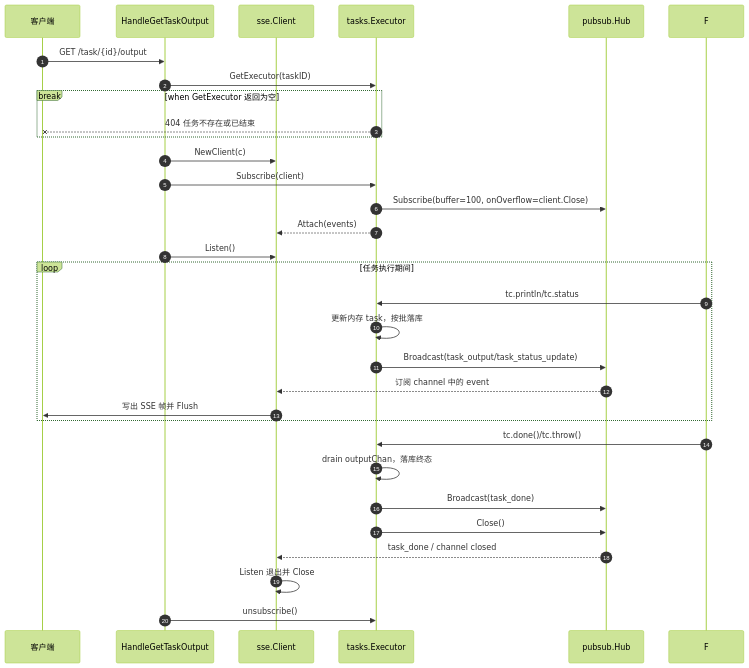
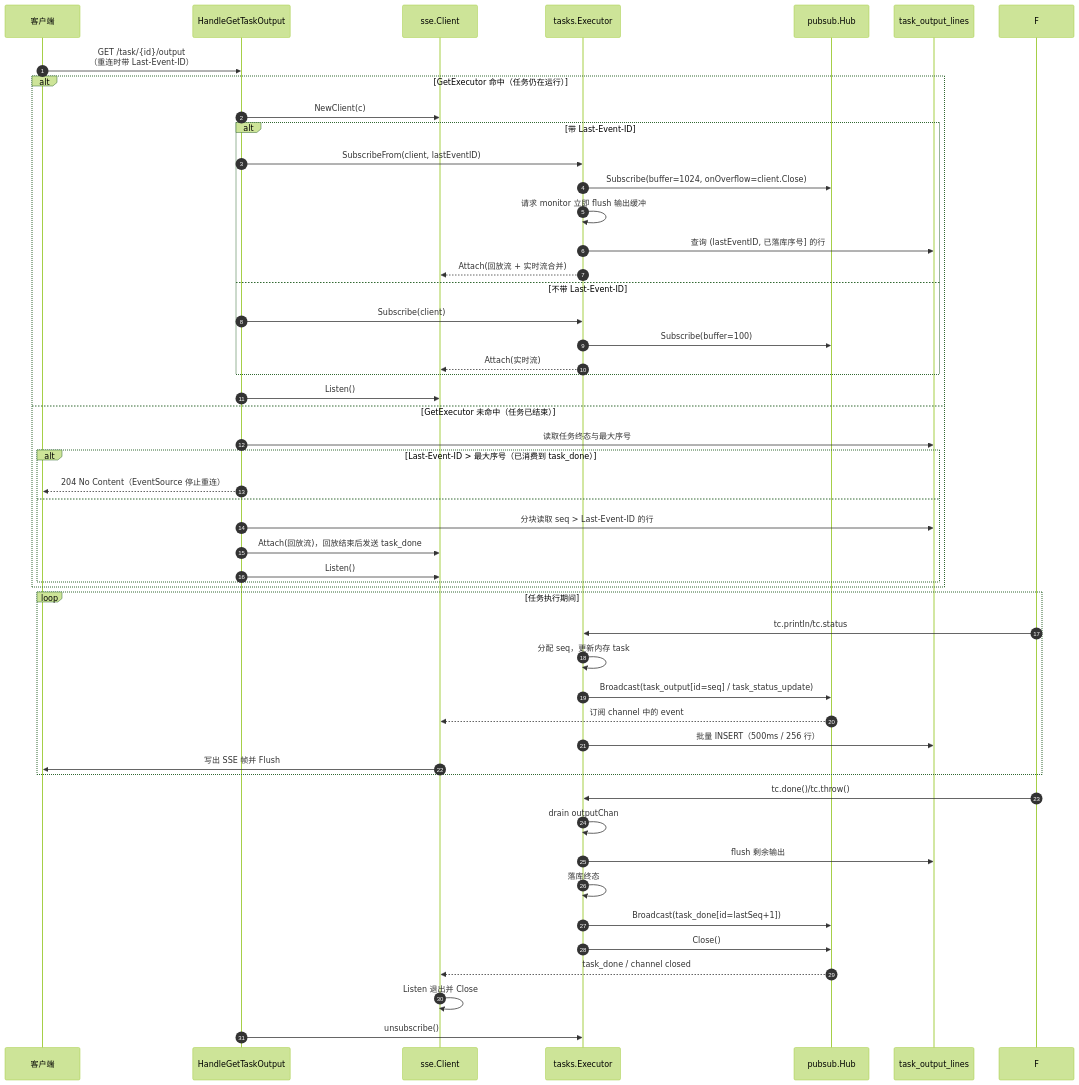
One commit to Subilan/go-aliyunmc changed the diagram in docs/sse-lifecycle.md. Above: the diagram before and after it, drawn with Mermaid (forest theme). The commit also changed other lines of this file and 10 other files, not shown here.

Commit message:
refactor: incremental output records; Last-Event-Id support

````diff
--- a/docs/sse-lifecycle.md
+++ b/docs/sse-lifecycle.md
@@ -5,37 +5,56 @@
 ```mermaid
 sequenceDiagram
     autonumber
     participant C as 客户端
     participant H as HandleGetTaskOutput
     participant CL as sse.Client
     participant E as tasks.Executor
     participant B as pubsub.Hub
+    participant DB as task_output_lines
     participant F
 
-    C->>H: GET /task/{id}/output
-    H->>E: GetExecutor(taskID)
-    break when GetExecutor 返回为空
-        E--xC: 404 任务不存在或已结束
+    C->>H: GET /task/{id}/output<br/>（重连时带 Last-Event-ID）
+    alt GetExecutor 命中（任务仍在运行）
+        H->>CL: NewClient(c)
+        alt 带 Last-Event-ID
+            H->>E: SubscribeFrom(client, lastEventID)
+            E->>B: Subscribe(buffer=1024, onOverflow=client.Close)
+            E->>E: 请求 monitor 立即 flush 输出缓冲
+            E->>DB: 查询 (lastEventID, 已落库序号] 的行
+            E-->>CL: Attach(回放流 + 实时流合并)
+        else 不带 Last-Event-ID
+            H->>E: Subscribe(client)
+            E->>B: Subscribe(buffer=100)
+            E-->>CL: Attach(实时流)
+        end
+        H->>CL: Listen()
+    else GetExecutor 未命中（任务已结束）
+        H->>DB: 读取任务终态与最大序号
+        alt Last-Event-ID > 最大序号（已消费到 task_done）
+            H-->>C: 204 No Content（EventSource 停止重连）
+        else
+            H->>DB: 分块读取 seq > Last-Event-ID 的行
+            H->>CL: Attach(回放流)，回放结束后发送 task_done
+            H->>CL: Listen()
+        end
     end
-    H->>CL: NewClient(c)
-    H->>E: Subscribe(client)
-    E->>B: Subscribe(buffer=100, onOverflow=client.Close)
-    E-->>CL: Attach(events)
-    H->>CL: Listen()
 
     loop 任务执行期间
         F->>E: tc.println/tc.status
-        E->>E: 更新内存 task，按批落库
-        E->>B: Broadcast(task_output/task_status_update)
+        E->>E: 分配 seq，更新内存 task
+        E->>B: Broadcast(task_output[id=seq] / task_status_update)
         B-->>CL: 订阅 channel 中的 event
+        E->>DB: 批量 INSERT（500ms / 256 行）
         CL->>C: 写出 SSE 帧并 Flush
     end
 
     F->>E: tc.done()/tc.throw()
-    E->>E: drain outputChan，落库终态
-    E->>B: Broadcast(task_done)
+    E->>E: drain outputChan
+    E->>DB: flush 剩余输出
+    E->>E: 落库终态
+    E->>B: Broadcast(task_done[id=lastSeq+1])
     E->>B: Close()
     B-->>CL: task_done / channel closed
     CL->>CL: Listen 退出并 Close
     H->>E: unsubscribe()
 ```
````
